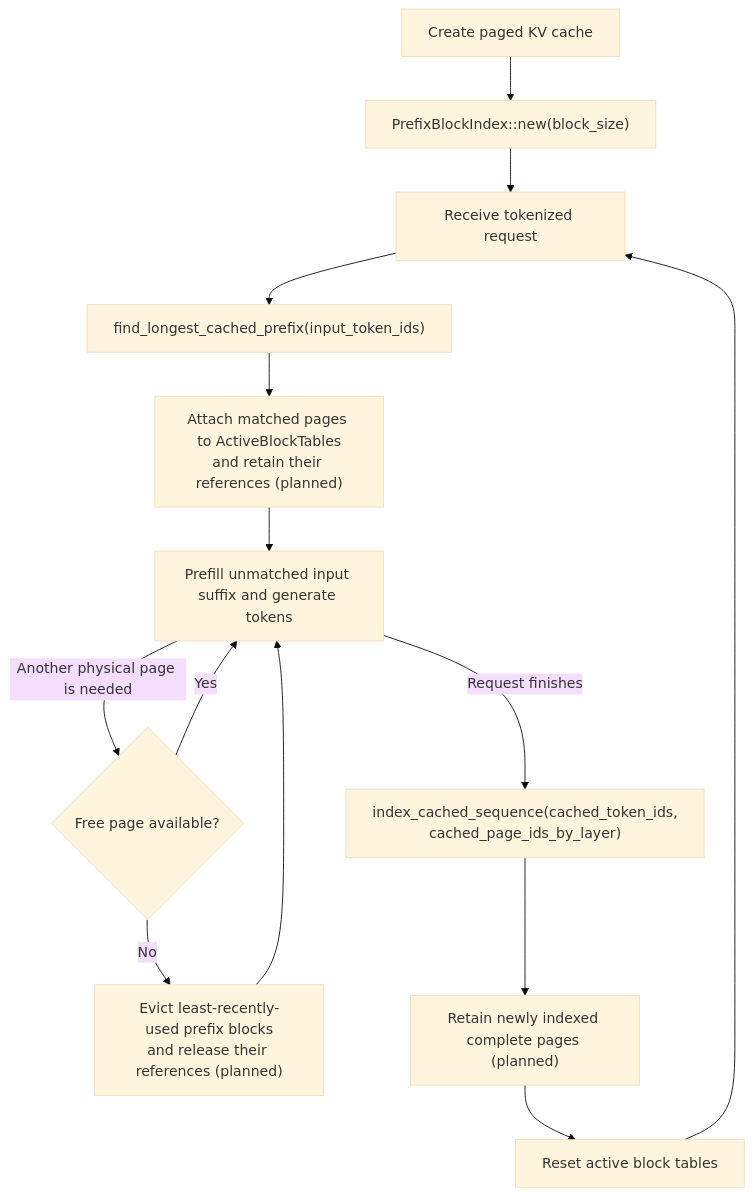
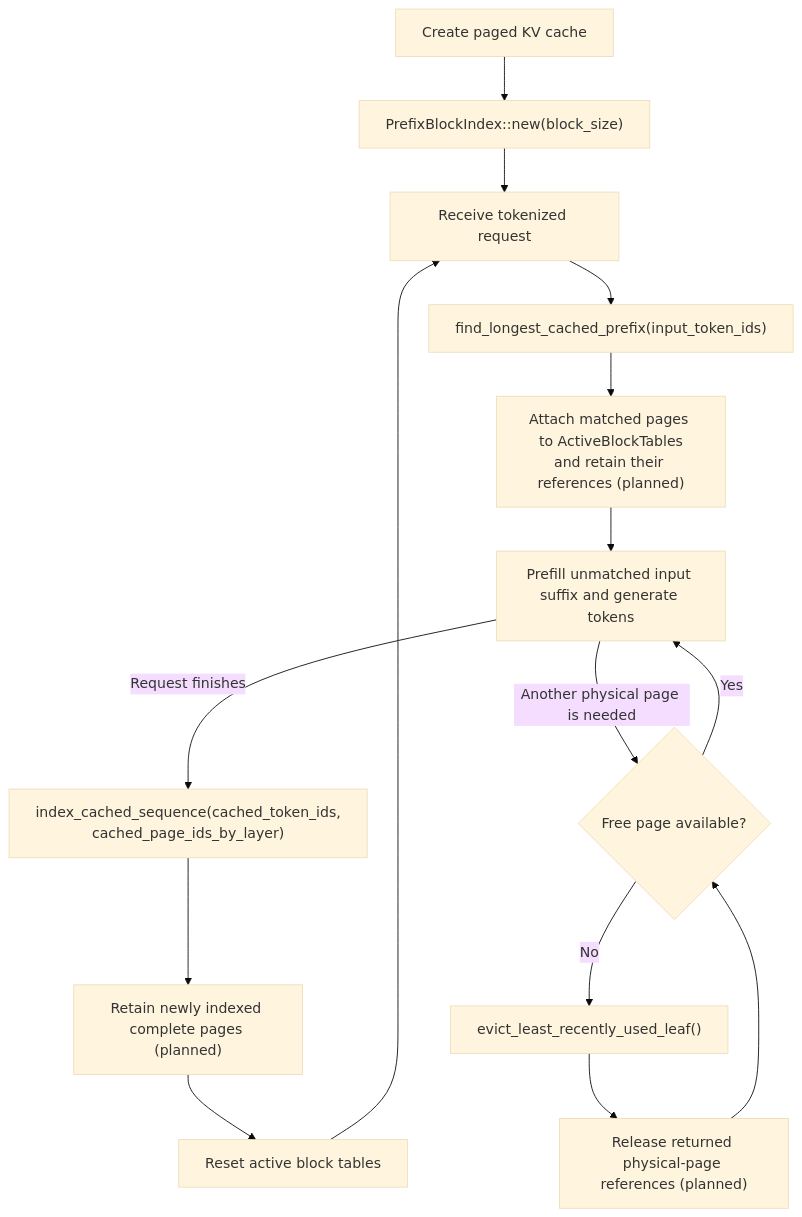
One commit to lun0522/mini-vllm-rs changed the diagram in src/model_runner/server/kv_cache/README.md. Above: the diagram before and after it, drawn with Mermaid (base theme). The commit also changed other lines of this file and 1 other file, not shown here.

First line of the commit message:
Feature: Add LRU eviction for cached prefix blocks

````diff
--- a/src/model_runner/server/kv_cache/README.md
+++ b/src/model_runner/server/kv_cache/README.md
@@ -29,16 +29,17 @@
 ```mermaid
 flowchart TD
     Start[Create paged KV cache] --> New["PrefixBlockIndex::new(block_size)"]
     New --> Request[Receive tokenized request]
     Request --> Find["find_longest_cached_prefix(input_token_ids)"]
     Find --> Attach["Attach matched pages to ActiveBlockTables<br/>and retain their references (planned)"]
     Attach --> Work[Prefill unmatched input suffix and generate tokens]
     Work -->|Request finishes| Index["index_cached_sequence(cached_token_ids,<br/>cached_page_ids_by_layer)"]
     Work -->|Another physical page is needed| Available{Free page available?}
     Available -->|Yes| Work
-    Available -->|No| Evict["Evict least-recently-used prefix blocks<br/>and release their references (planned)"]
-    Evict --> Work
+    Available -->|No| Evict["evict_least_recently_used_leaf()"]
+    Evict --> Release["Release returned physical-page references (planned)"]
+    Release --> Available
     Index --> Retain["Retain newly indexed complete pages (planned)"]
     Retain --> Reset[Reset active block tables]
     Reset --> Request
 ```
````
